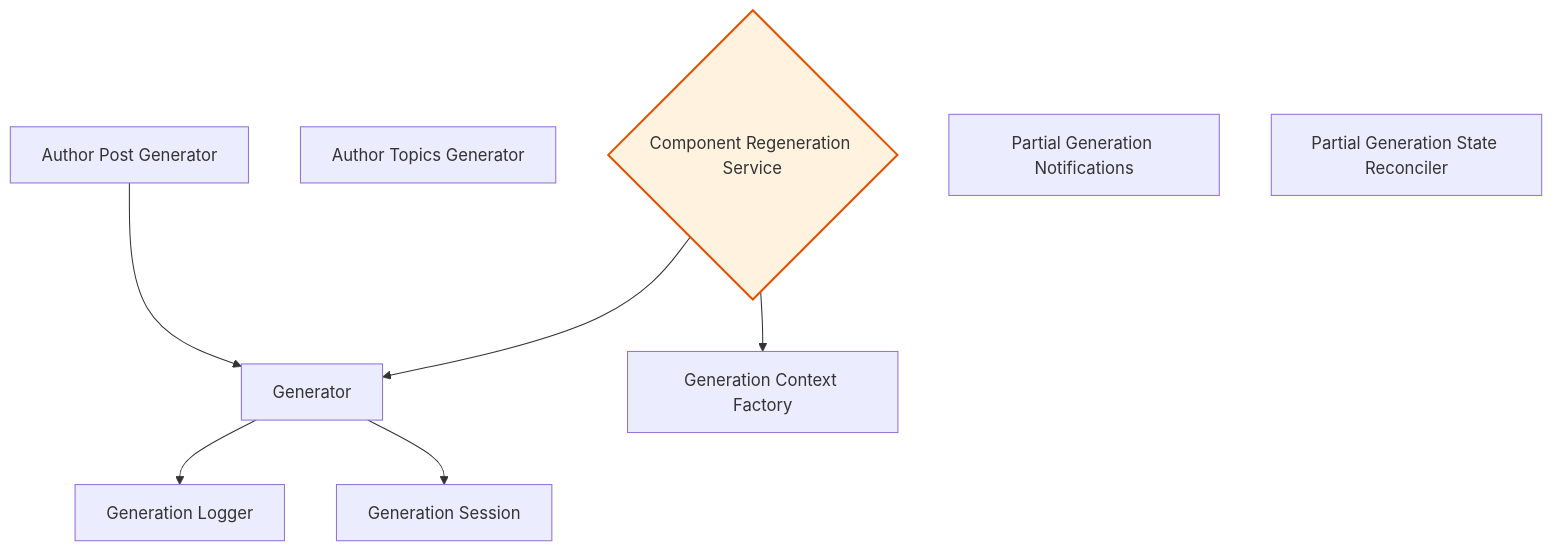
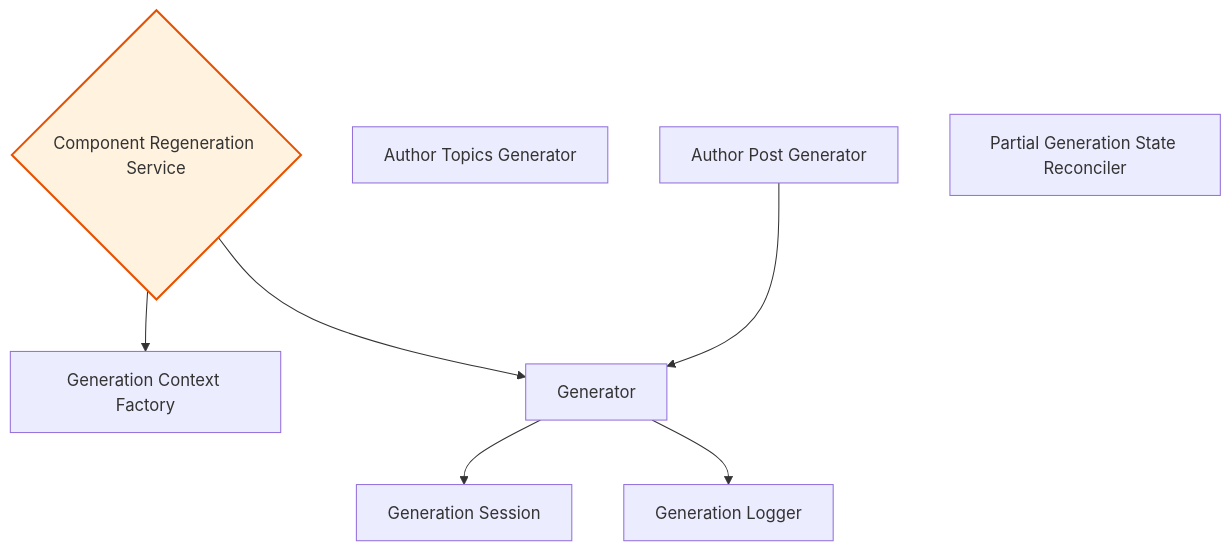
One commit to rpnunez/wp-ai-scheduler changed the second of 10 diagrams in docs/feature-report.md. Above: the diagram before and after it, drawn with Mermaid. The commit also changed other lines of this file and 1 other file, not shown here.

````diff
--- a/docs/feature-report.md
+++ b/docs/feature-report.md
@@ -104,25 +103,24 @@
 ```mermaid
 flowchart TD
     %% Core Generation Architecture
 
     Author_Post_Generator["Author Post Generator"]
     Author_Topics_Generator["Author Topics Generator"]
     Component_Regeneration_Service{"Component Regeneration Service"}
     Generation_Context_Factory["Generation Context Factory"]
     Generation_Logger["Generation Logger"]
     Generation_Session["Generation Session"]
     Generator["Generator"]
-    Partial_Generation_Notifications["Partial Generation Notifications"]
     Partial_Generation_State_Reconciler["Partial Generation State Reconciler"]
 
     Author_Post_Generator --> Generator
+    Component_Regeneration_Service --> Generation_Context_Factory
     Component_Regeneration_Service --> Generator
-    Component_Regeneration_Service --> Generation_Context_Factory
+    Generator --> Generation_Session
     Generator --> Generation_Logger
-    Generator --> Generation_Session
 
     classDef repository fill:#e1f5ff,stroke:#01579b,stroke-width:2px
     classDef service fill:#fff3e0,stroke:#e65100,stroke-width:2px
     classDef controller fill:#f3e5f5,stroke:#4a148c,stroke-width:2px
     class Component_Regeneration_Service service
 ```
````
